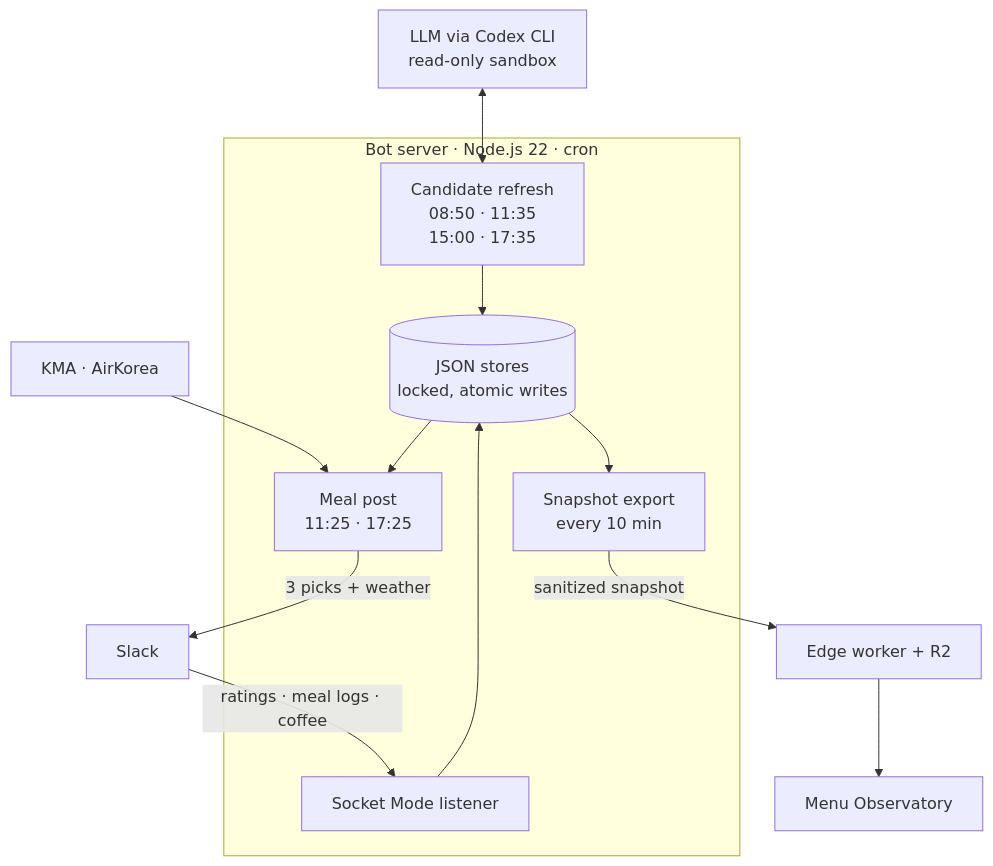
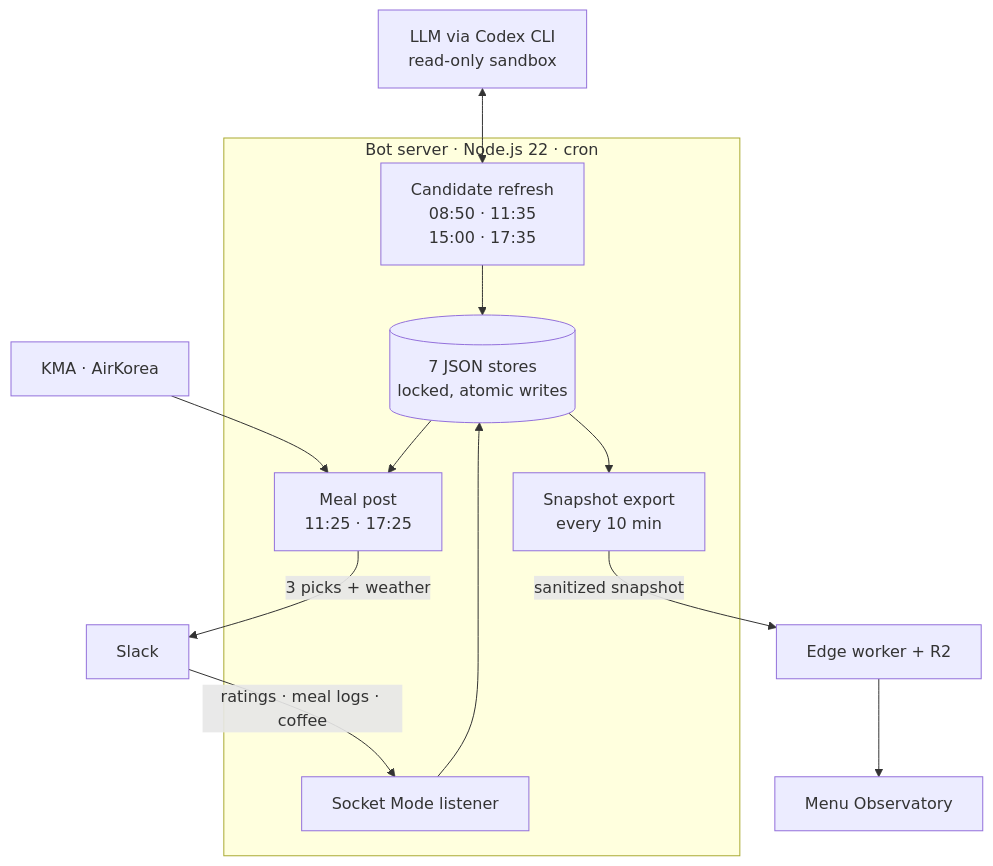
The diagram in README.md (jumincho/ojeommwo), drawn with Mermaid before and after one commit. The commit also changed other lines of this file and 4 other files, not shown here.

````diff
--- a/README.md
+++ b/README.md
@@ -46,26 +47,26 @@
 ```mermaid
 flowchart TB
   llm["LLM via Codex CLI<br/>read-only sandbox"]
   weather["KMA · AirKorea"]
   subgraph bot["Bot server · Node.js 22 · cron"]
     refresh["Candidate refresh<br/>08:50 · 11:35<br/>15:00 · 17:35"]
     post["Meal post<br/>11:25 · 17:25"]
-    store[("JSON stores<br/>locked, atomic writes")]
+    store[("7 JSON stores<br/>locked, atomic writes")]
     listener["Socket Mode listener"]
     export["Snapshot export<br/>every 10 min"]
   end
   slack["Slack"]
   edge["Edge worker + R2"]
   browser["Menu Observatory"]
 
   llm <--> refresh
   weather --> post
   refresh --> store
   store --> post
   post -->|"3 picks + weather"| slack
   slack -->|"ratings · meal logs · coffee"| listener
   listener --> store
   store --> export
   export -->|"sanitized snapshot"| edge
   edge --> browser
 ```
````
